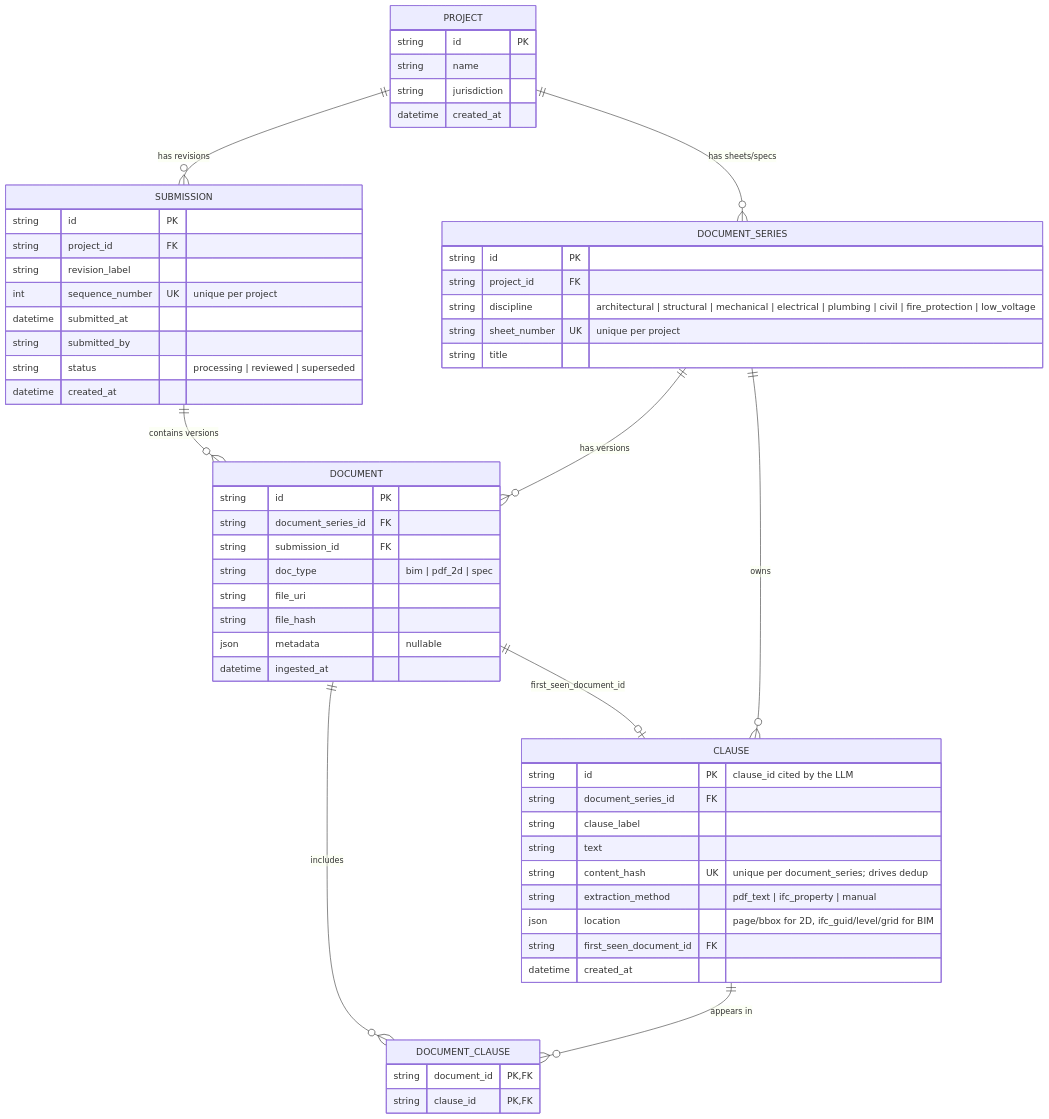
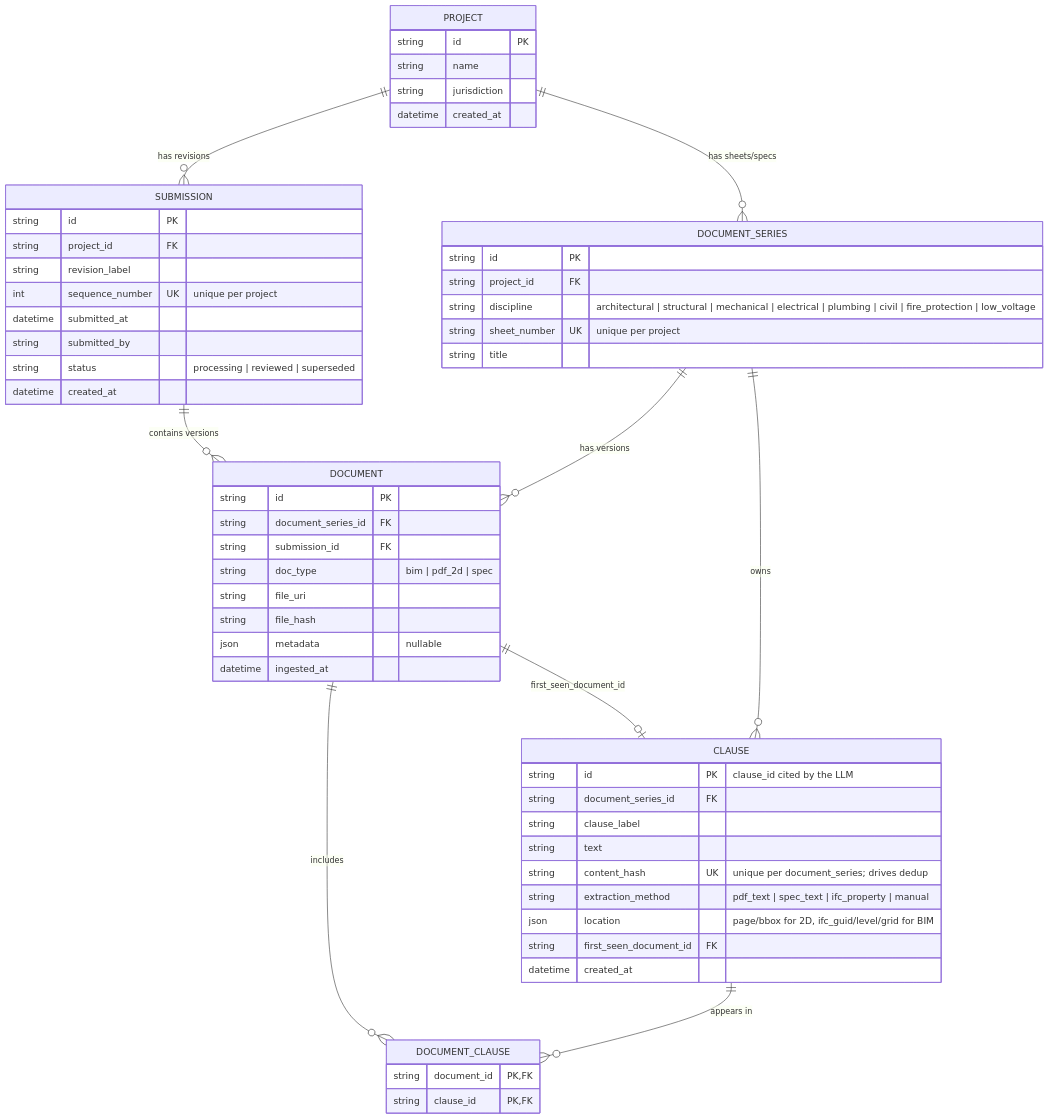
One commit to ioberman/permittingRagProject changed the diagram in docs/ERD.md. Above: the diagram before and after it, drawn with Mermaid. The commit also changed 17 other files, not shown here.

````diff
--- a/docs/ERD.md
+++ b/docs/ERD.md
@@ -6,65 +6,65 @@
 ```mermaid
 erDiagram
     PROJECT {
         string id PK
         string name
         string jurisdiction
         datetime created_at
     }
 
     SUBMISSION {
         string id PK
         string project_id FK
         string revision_label
         int sequence_number UK "unique per project"
         datetime submitted_at
         string submitted_by
         string status "processing | reviewed | superseded"
         datetime created_at
     }
 
     DOCUMENT_SERIES {
         string id PK
         string project_id FK
         string discipline "architectural | structural | mechanical | electrical | plumbing | civil | fire_protection | low_voltage"
         string sheet_number UK "unique per project"
         string title
     }
 
     DOCUMENT {
         string id PK
         string document_series_id FK
         string submission_id FK
         string doc_type "bim | pdf_2d | spec"
         string file_uri
         string file_hash
         json metadata "nullable"
         datetime ingested_at
     }
 
     CLAUSE {
         string id PK "clause_id cited by the LLM"
         string document_series_id FK
         string clause_label
         string text
         string content_hash UK "unique per document_series; drives dedup"
-        string extraction_method "pdf_text | ifc_property | manual"
+        string extraction_method "pdf_text | spec_text | ifc_property | manual"
         json location "page/bbox for 2D, ifc_guid/level/grid for BIM"
         string first_seen_document_id FK
         datetime created_at
     }
 
     DOCUMENT_CLAUSE {
         string document_id PK,FK
         string clause_id PK,FK
     }
 
     PROJECT ||--o{ SUBMISSION : "has revisions"
     PROJECT ||--o{ DOCUMENT_SERIES : "has sheets/specs"
     SUBMISSION ||--o{ DOCUMENT : "contains versions"
     DOCUMENT_SERIES ||--o{ DOCUMENT : "has versions"
     DOCUMENT_SERIES ||--o{ CLAUSE : "owns"
     DOCUMENT ||--o{ DOCUMENT_CLAUSE : "includes"
     CLAUSE ||--o{ DOCUMENT_CLAUSE : "appears in"
     DOCUMENT ||--o| CLAUSE : "first_seen_document_id"
 ```
````
